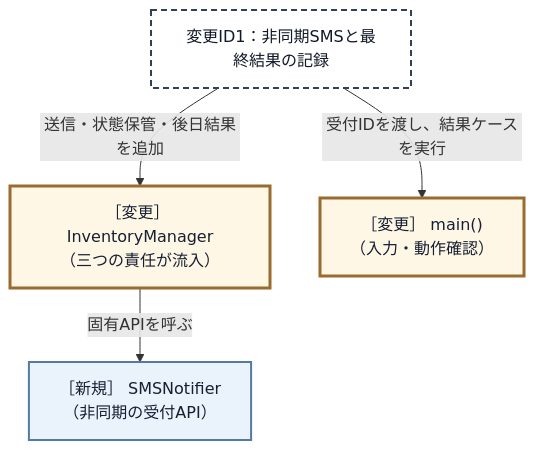
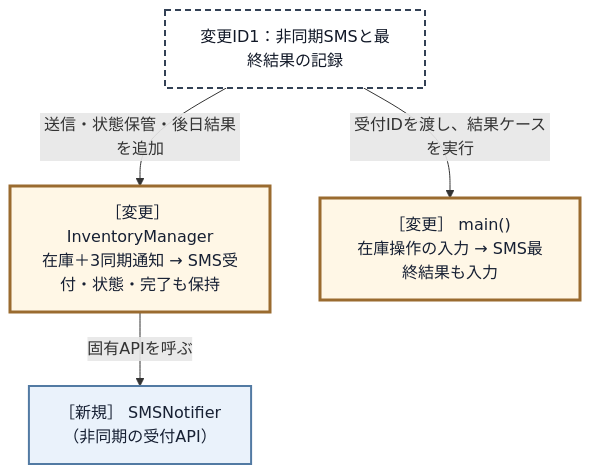
The seventh of 17 diagrams in kindle/design-patterns/books/volume01-core-patterns/output/05-chapter03.md (kumachan1101-pixel/DesignPattern), drawn with Mermaid before and after one commit. The commit also changed other lines of this file and 18 other files, not shown here.

````diff
--- a/kindle/design-patterns/books/volume01-core-patterns/output/05-chapter03.md
+++ b/kindle/design-patterns/books/volume01-core-patterns/output/05-chapter03.md
@@ -1394,12 +1405,12 @@
 ```mermaid
 graph TD
     T1["変更ID1：非同期SMSと最終結果の記録"]:::req
-        -->|"送信・状態保管・後日結果を追加"| A["［変更］ InventoryManager<br>（三つの責任が流入）"]:::touched
+        -->|"送信・状態保管・後日結果を追加"| A["［変更］ InventoryManager<br>在庫＋3同期通知 → SMS受付・状態・完了も保持"]:::touched
     A -->|"固有APIを呼ぶ"| B["［新規］ SMSNotifier<br>（非同期の受付API）"]:::added
-    T1 -->|"受付IDを渡し、結果ケースを実行"| C["［変更］ main()<br>（入力・動作確認）"]:::touched
+    T1 -->|"受付IDを渡し、結果ケースを実行"| C["［変更］ main()<br>在庫操作の入力 → SMS最終結果も入力"]:::touched
 
     classDef req fill:#ffffff,stroke:#334155,stroke-width:2px,stroke-dasharray:6 4,color:#111827;
     classDef keep fill:#f1f5f9,stroke:#94a3b8,color:#334155;
     classDef added fill:#eaf2fb,stroke:#527aa3,stroke-width:2px,color:#172033;
     classDef touched fill:#fff7e6,stroke:#9a6b2f,stroke-width:3px,color:#172033;
 ```
````
